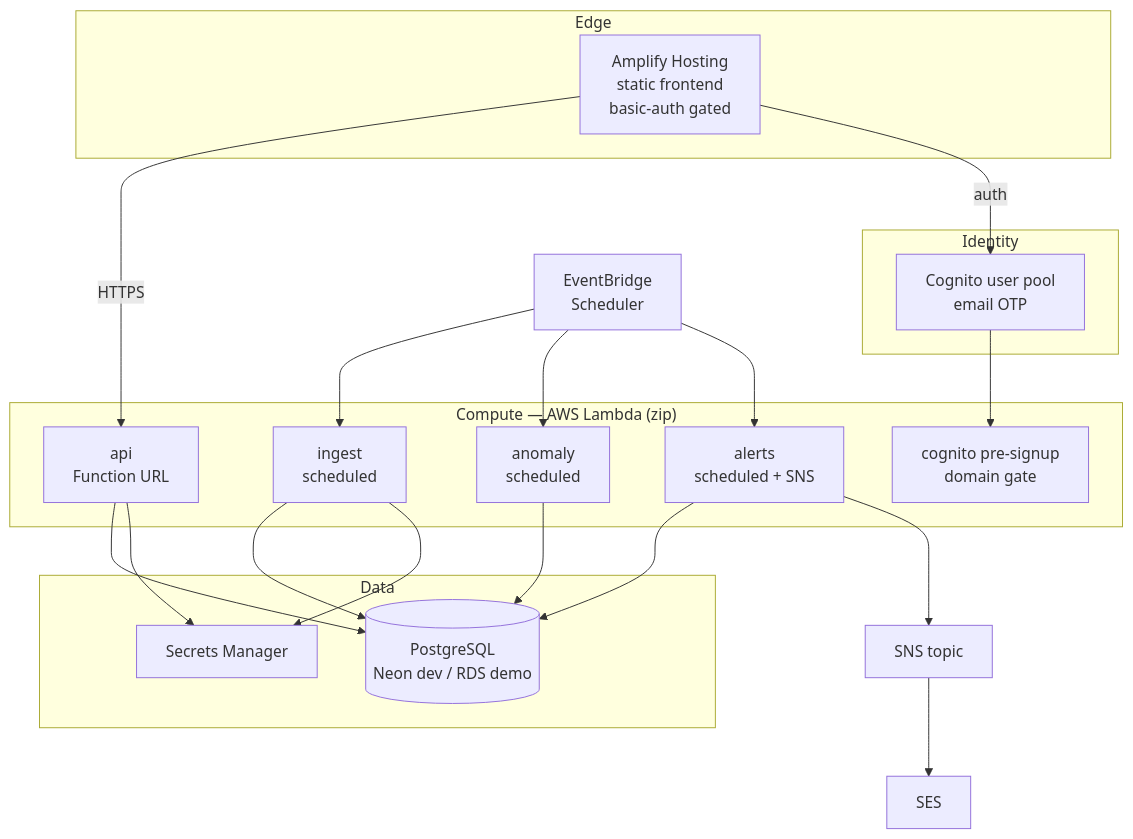
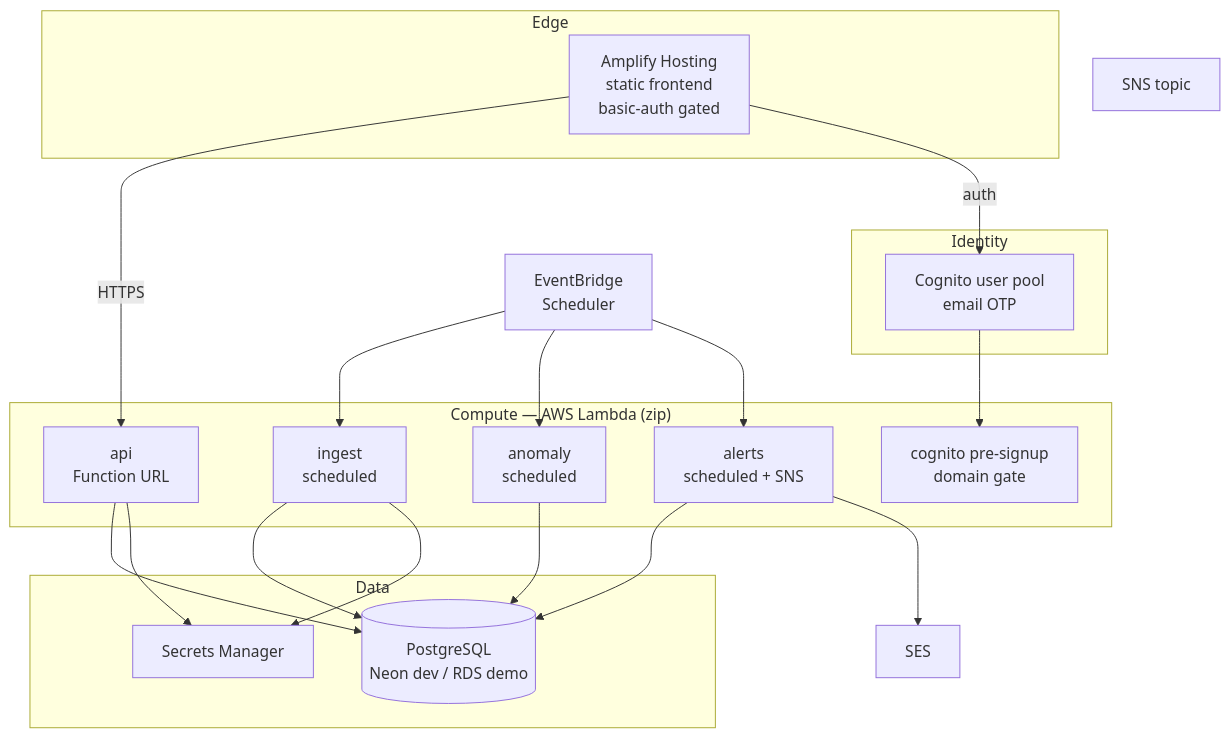
Before and after one commit to Hemanth0411/Cloud_Cost_Intelligence_Hub: the second of 4 diagrams in docs/02-architecture.md, drawn with Mermaid. The commit also changed other lines of this file and 33 other files, not shown here.

````diff
--- a/docs/02-architecture.md
+++ b/docs/02-architecture.md
@@ -39,42 +39,41 @@
 ```mermaid
 graph TB
     subgraph EDGE["Edge"]
         AMP["Amplify Hosting<br/>static frontend<br/>basic-auth gated"]
     end
 
     subgraph COMPUTE["Compute — AWS Lambda (zip)"]
         API["api<br/>Function URL"]
         ING["ingest<br/>scheduled"]
         ANO["anomaly<br/>scheduled"]
         ALR["alerts<br/>scheduled + SNS"]
         PRE["cognito pre-signup<br/>domain gate"]
     end
 
     subgraph DATA["Data"]
         PG[("PostgreSQL<br/>Neon dev / RDS demo")]
         SM["Secrets Manager"]
     end
 
     subgraph AUTH["Identity"]
         COG["Cognito user pool<br/>email OTP"]
     end
 
     EB["EventBridge<br/>Scheduler"]
     SNS["SNS topic"]
     SES["SES"]
 
     AMP -->|HTTPS| API
     AMP -->|auth| COG
     COG --> PRE
     EB --> ING
     EB --> ANO
     EB --> ALR
     API --> PG
     ING --> PG
     ANO --> PG
     ALR --> PG
-    ALR --> SNS
-    SNS --> SES
+    ALR --> SES
     ING --> SM
     API --> SM
 ```
````
